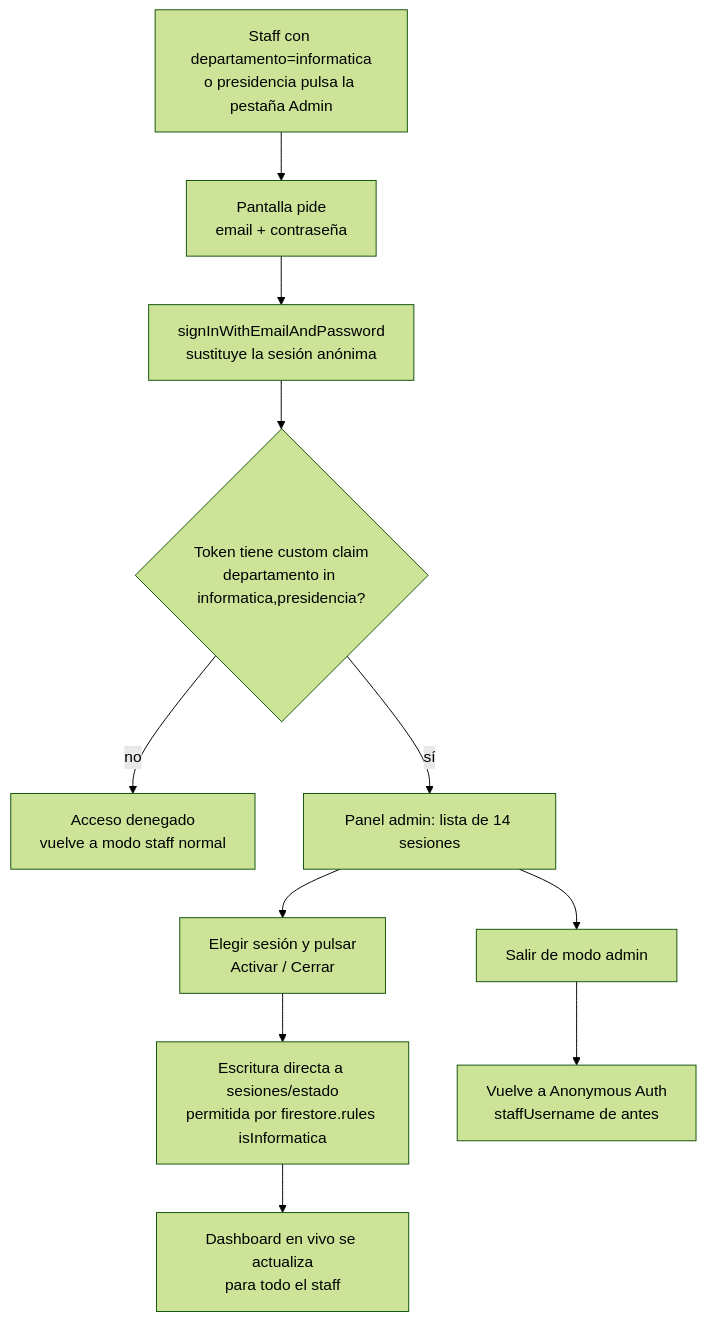
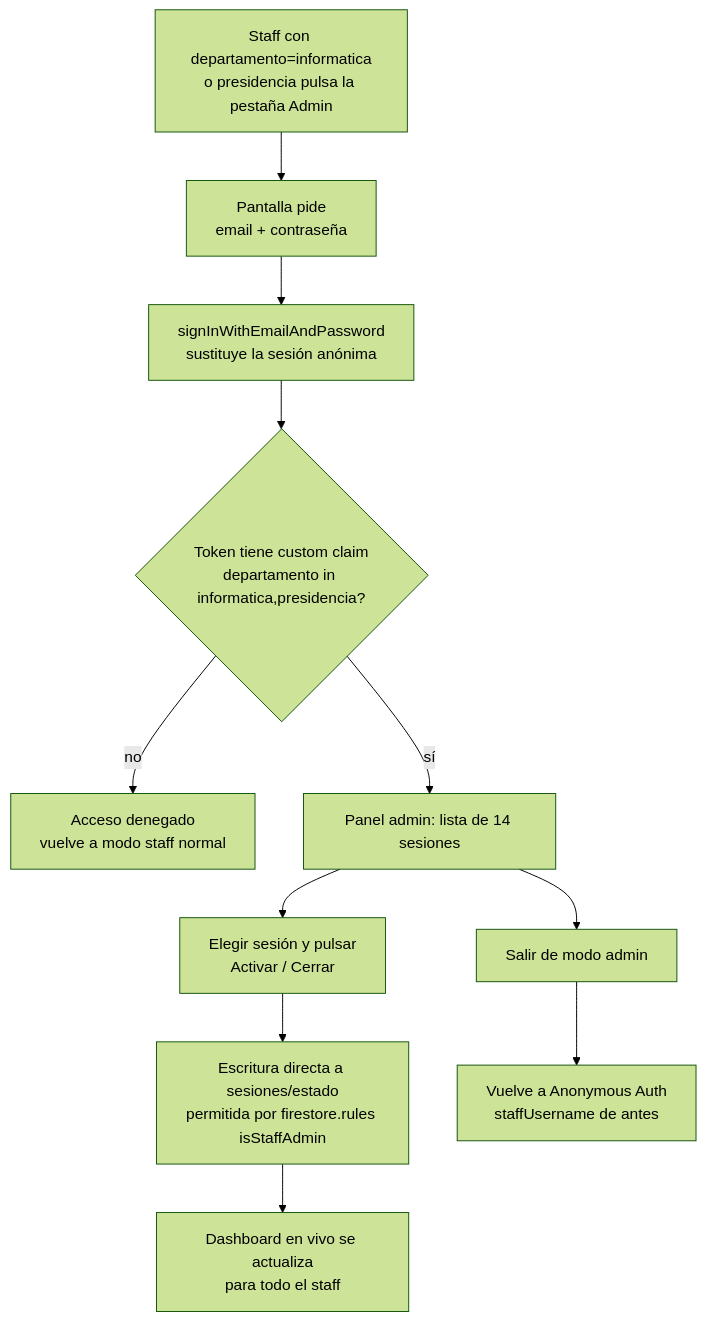
The third of 8 diagrams in docs/FLOWS.md (paulans17/AJ-app), drawn with Mermaid (forest theme) before and after one commit.

Commit message:
Corrige nombre de función en diagrama FLOWS.md (isStaffAdmin)

````diff
--- a/docs/FLOWS.md
+++ b/docs/FLOWS.md
@@ -71,13 +71,13 @@
 ```mermaid
 flowchart TD
     A[Staff con departamento=informatica<br/>o presidencia pulsa la pestaña Admin] --> B[Pantalla pide<br/>email + contraseña]
     B --> C[signInWithEmailAndPassword<br/>sustituye la sesión anónima]
     C --> D{Token tiene custom claim<br/>departamento in informatica,presidencia?}
     D -- no --> E[Acceso denegado<br/>vuelve a modo staff normal]
     D -- sí --> F[Panel admin: lista de 14 sesiones]
     F --> G[Elegir sesión y pulsar<br/>Activar / Cerrar]
-    G --> H[Escritura directa a sesiones/estado<br/>permitida por firestore.rules isInformatica]
+    G --> H[Escritura directa a sesiones/estado<br/>permitida por firestore.rules isStaffAdmin]
     H --> I[Dashboard en vivo se actualiza<br/>para todo el staff]
     F --> J[Salir de modo admin]
     J --> K[Vuelve a Anonymous Auth<br/>staffUsername de antes]
 ```
````
